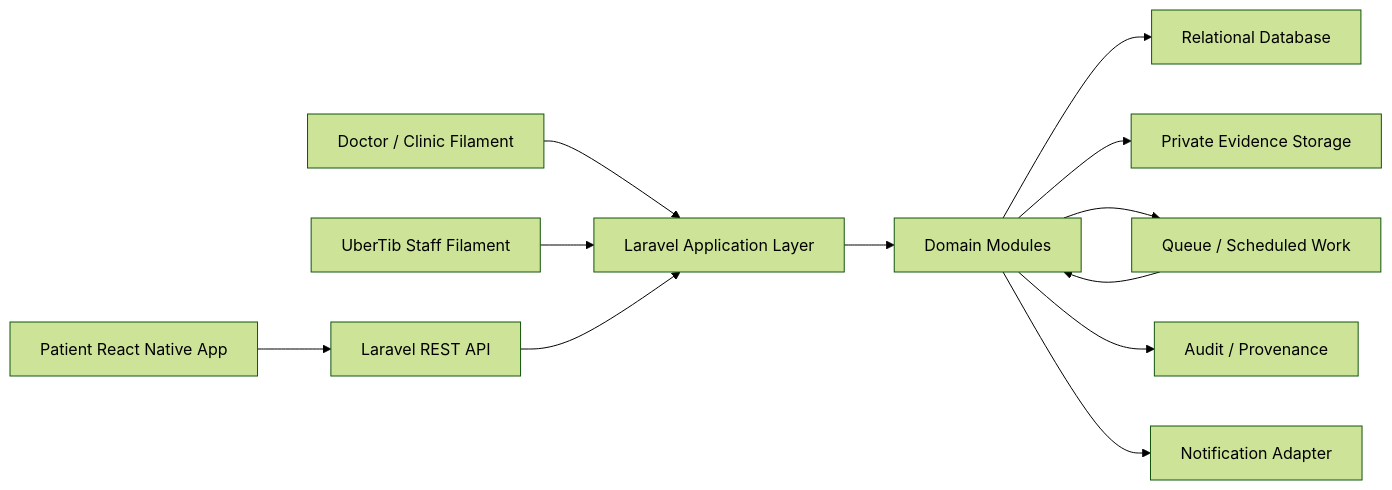
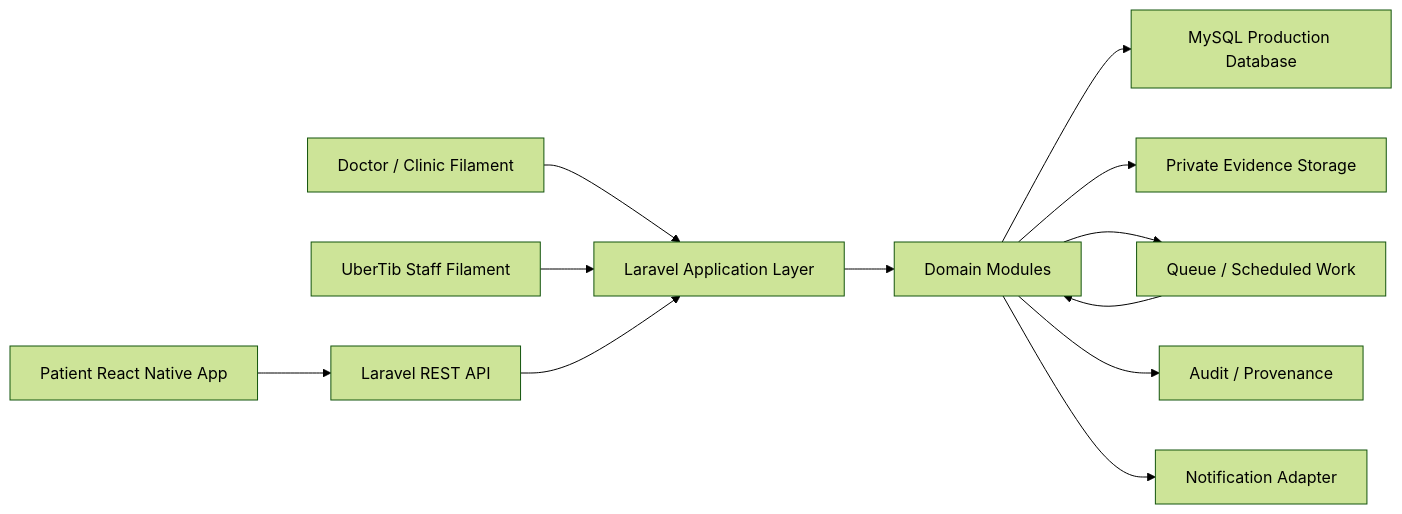
One commit to MustafaFares445/UperTib changed the first of 3 diagrams in docs/architecture/SYSTEM_ARCHITECTURE.md. Above: the diagram before and after it, drawn with Mermaid (forest theme). The commit also changed other lines of this file, not shown here.

Commit message:
docs: align system architecture with MySQL production baseline

````diff
--- a/docs/architecture/SYSTEM_ARCHITECTURE.md
+++ b/docs/architecture/SYSTEM_ARCHITECTURE.md
@@ -79,14 +79,14 @@
 ```mermaid
 flowchart LR
     PATIENT["Patient React Native App"] --> API["Laravel REST API"]
     DOCTOR["Doctor / Clinic Filament"] --> APP["Laravel Application Layer"]
     STAFF["UberTib Staff Filament"] --> APP
     API --> APP
     APP --> DOMAIN["Domain Modules"]
-    DOMAIN --> DB["Relational Database"]
+    DOMAIN --> DB["MySQL Production Database"]
     DOMAIN --> FILES["Private Evidence Storage"]
     DOMAIN --> QUEUE["Queue / Scheduled Work"]
     QUEUE --> DOMAIN
     DOMAIN --> AUDIT["Audit / Provenance"]
     DOMAIN --> NOTIFY["Notification Adapter"]
 ```
````
